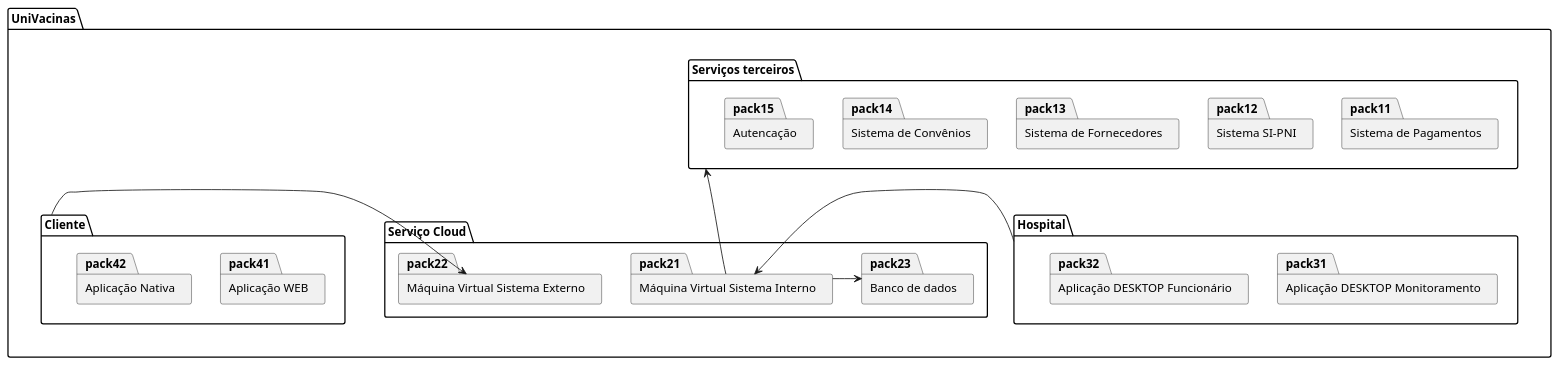
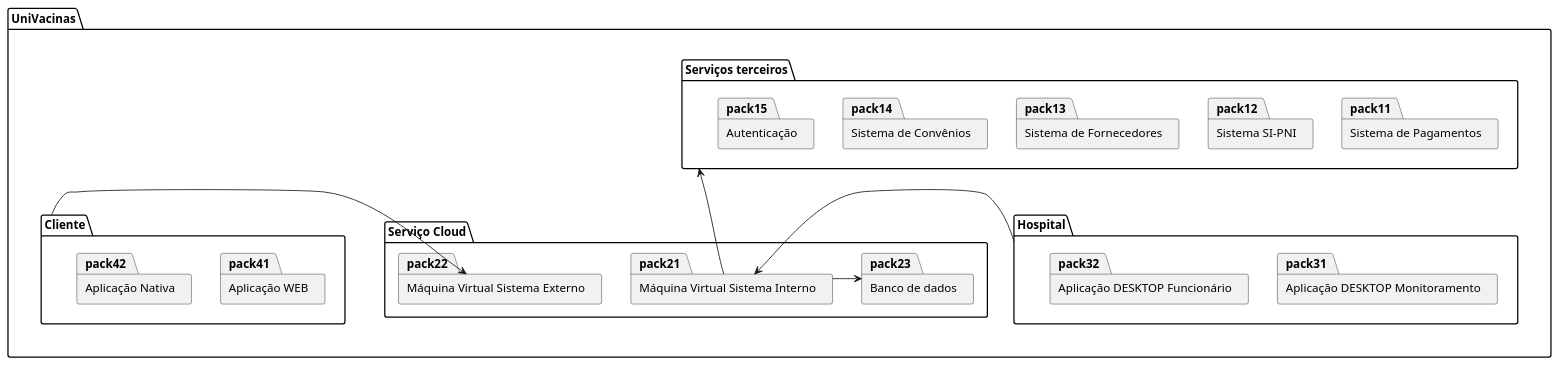
The diagram in diagrama-pacotes.PLANTUML (belcogo/desenv-software-diagramas), drawn with PlantUML before and after one commit.

Commit message:
fix: ajuste nomenclatura package

```diff
--- a/diagrama-pacotes.PLANTUML
+++ b/diagrama-pacotes.PLANTUML
@@ -1,51 +1,51 @@
 @startuml
 package pack as "UniVacinas" {
 	together {
 		package   pack1 as  "Serviços terceiros" {
 			package  pack11  as "Sistema de Pagamentos" {
 			}
 			package  pack12  as "Sistema SI-PNI" {
 			}
 			package  pack13  as "Sistema de Fornecedores" {
 			}
 			package  pack14 as  "Sistema de Convênios" {
 			}
-			package  pack15 as  "Autencação" {
+			package  pack15 as  "Autenticação" {
 			}
 		}
          }
          together {
 		package pack3 as "Hospital" {
 			package pack31 as "Aplicação DESKTOP Monitoramento" {
 			}
 			package pack32 as "Aplicação DESKTOP Funcionário" {
 			}
 		}
 		package pack2 as "Serviço Cloud" {
 			package pack21 as "Máquina Virtual Sistema Interno" {
 			}
                         package pack22 as "Máquina Virtual Sistema Externo" {
 			}
                         package pack23 as "Banco de dados" {
 			}
 		}
          }
          together {
                 package pack4 as "Cliente" {
 			package pack41 as "Aplicação WEB" {
 			}
 			package pack42 as "Aplicação Nativa" {
 			}
 		}
 	}
 }
 
 pack1 -[hidden]-> pack3
 pack3 -[hidden]-> pack4
 
 pack21 -> pack1
 pack3 -> pack21
 pack21 -> pack23
 pack4 -> pack22
 
 @enduml
```
